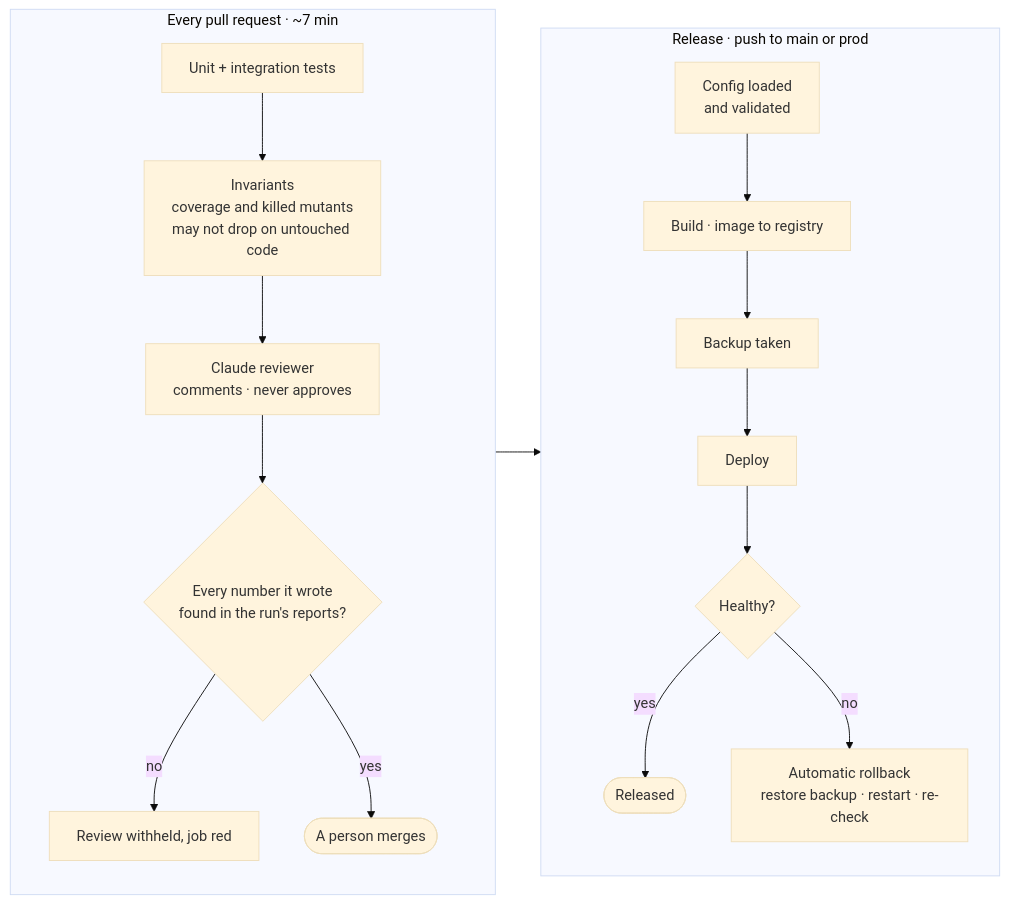
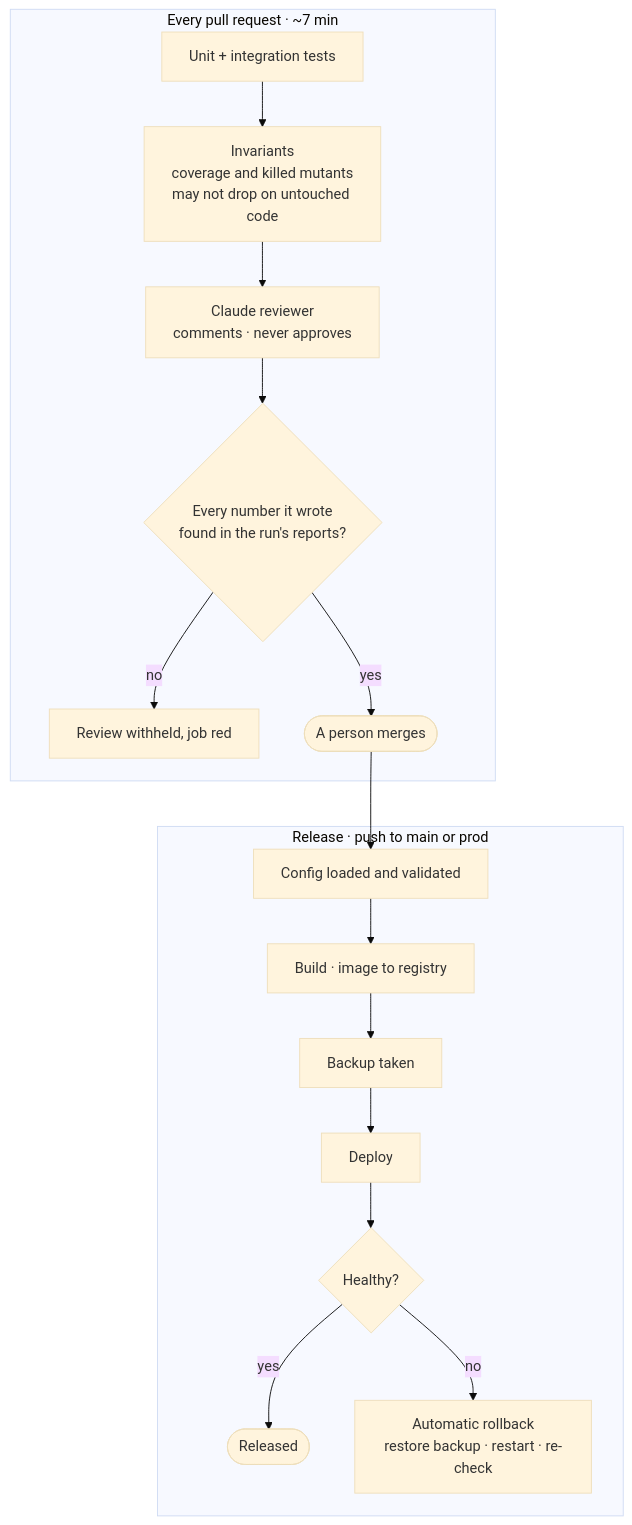
Before and after one commit to Check-It-Out-Dev/checkitout-backend: the diagram in docs/guide/cicd.md, drawn with Mermaid (base theme). The commit also changed 7 other files, not shown here.

First line of the commit message:
Diagrams are drawn top-down, so their labels are readable at GitHub's column width

````diff
--- a/docs/guide/cicd.md
+++ b/docs/guide/cicd.md
@@ -8,23 +8,21 @@
 ```mermaid
-flowchart LR
+flowchart TB
     subgraph PR["Every pull request · ~7 min"]
-        direction TB
         U["Unit + integration tests"] --> INV["Invariants<br/>coverage and killed mutants<br/>may not drop on untouched code"]
         INV --> REV["Claude reviewer<br/>comments · never approves"]
         REV --> I5{"Every number it wrote<br/>found in the run's reports?"}
         I5 -->|"no"| HOLD["Review withheld, job red"]
         I5 -->|"yes"| HUMAN(["A person merges"])
     end
 
     subgraph REL["Release · push to main or prod"]
-        direction TB
-        CFG["Config loaded<br/>and validated"] --> BLD["Build · image to registry"]
+        CFG["Config loaded and validated"] --> BLD["Build · image to registry"]
         BLD --> BAK["Backup taken"]
         BAK --> DEP["Deploy"]
         DEP --> HC{"Healthy?"}
         HC -->|"yes"| DONE(["Released"])
         HC -->|"no"| RB["Automatic rollback<br/>restore backup · restart · re-check"]
     end
 
     HUMAN --> CFG
 ```
````
